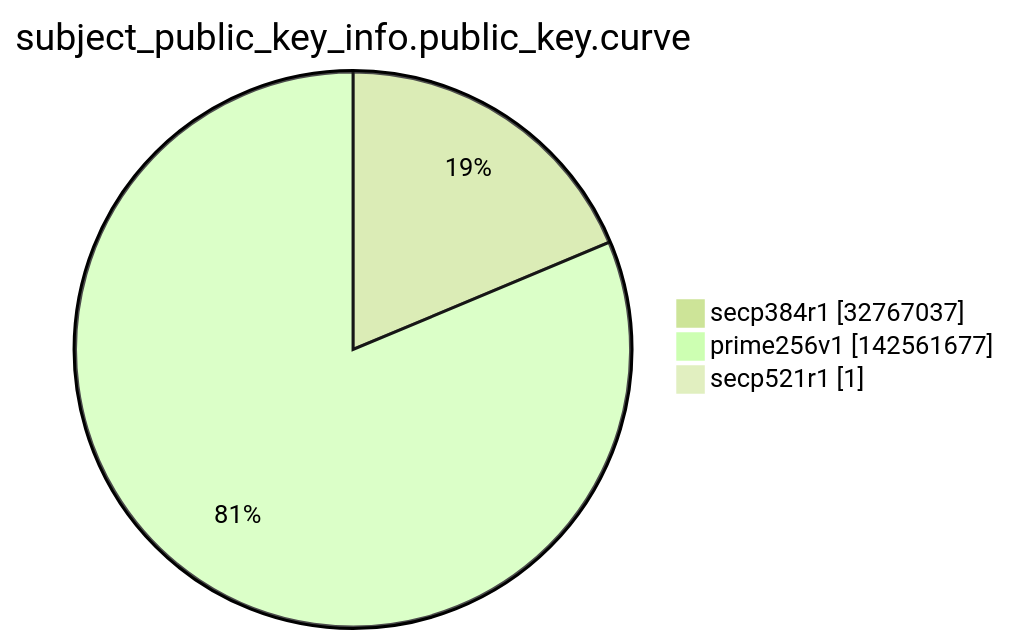
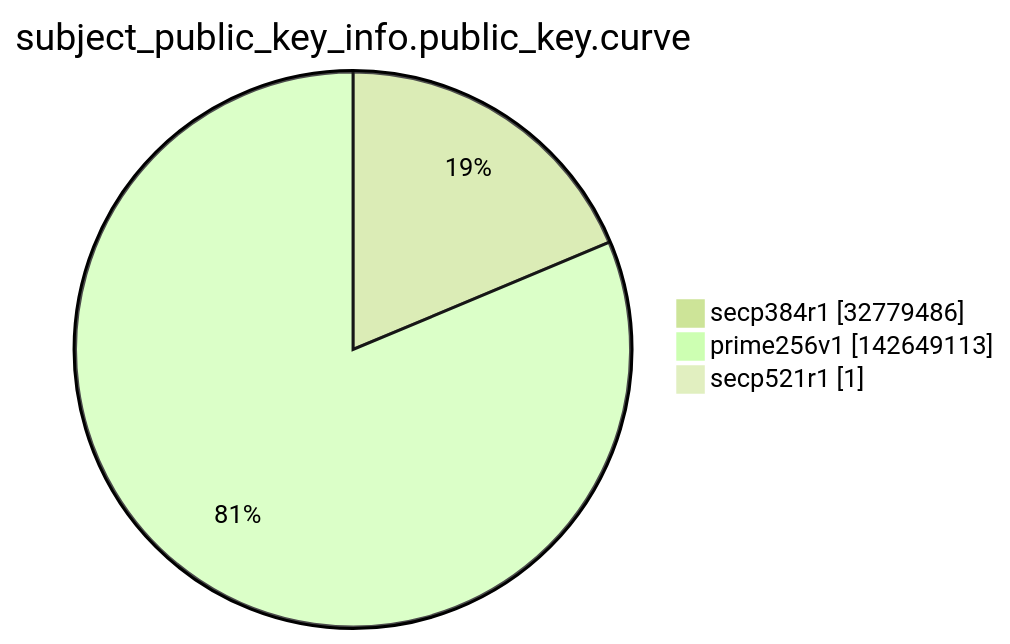
One commit to christiankrug/ctmonitor_visualization changed the ninth of 15 diagrams in argon2022/README.md. Above: the diagram before and after it, drawn with Mermaid (forest theme). The commit also changed other lines of this file, not shown here.

````diff
--- a/argon2022/README.md
+++ b/argon2022/README.md
@@ -2764,7 +2764,7 @@
 ```mermaid
 pie showData
 title subject_public_key_info.public_key.curve
-"secp384r1" :32767037
-"prime256v1" :142561677
+"secp384r1" :32779486
+"prime256v1" :142649113
 "secp521r1" :1
 ```
````
